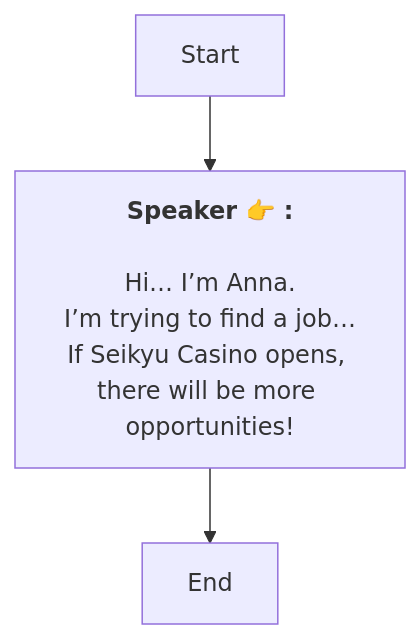
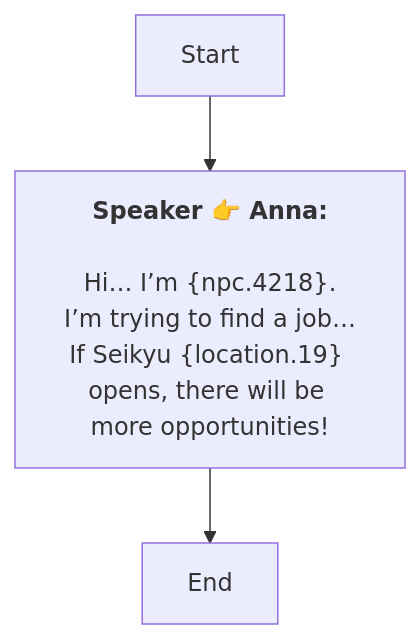
Before and after one commit to SoftHu/tos_avg: the diagram in En/AddDialogNode_1777940483574439.md, drawn with Mermaid. The commit also changed 730 other files, not shown here.

````diff
--- a/En/AddDialogNode_1777940483574439.md
+++ b/En/AddDialogNode_1777940483574439.md
@@ -1,9 +1,9 @@
 ```mermaid
 graph
-Start -->1777940523062954[<b>Speaker 👉 :</b>
-\nHi… I’m Anna.
+Start -->1777940523062954[<b>Speaker 👉 Anna:</b>
+\nHi… I’m &lbrace;npc.4218&rbrace;.
 I’m trying to find a job…
-If Seikyu Casino opens, there will be more opportunities!]
+If Seikyu &lbrace;location.19&rbrace; opens, there will be more opportunities!]
 1777940523062954 -->1777940533581483[End]
 
 ```
````
